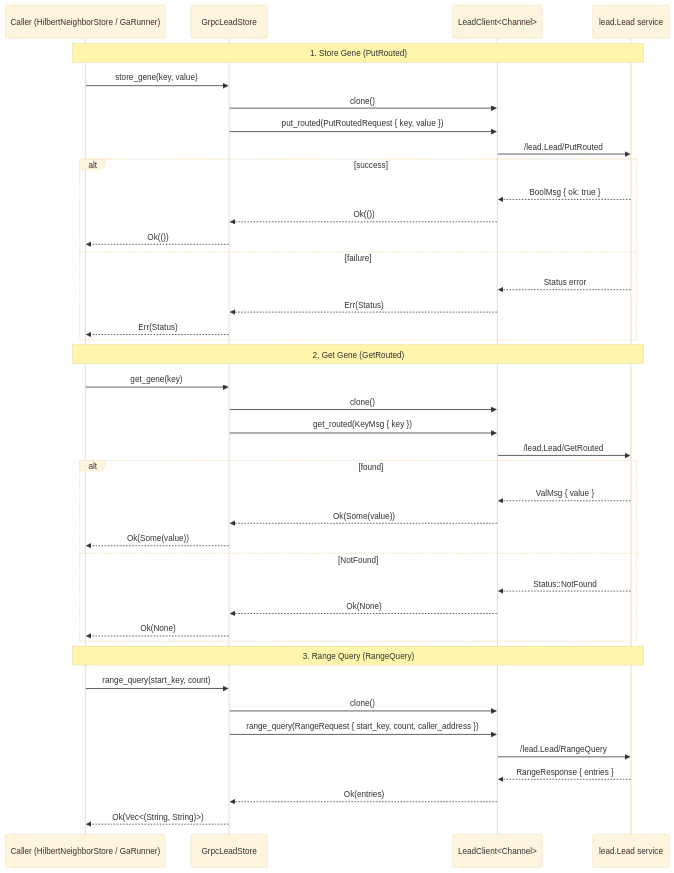
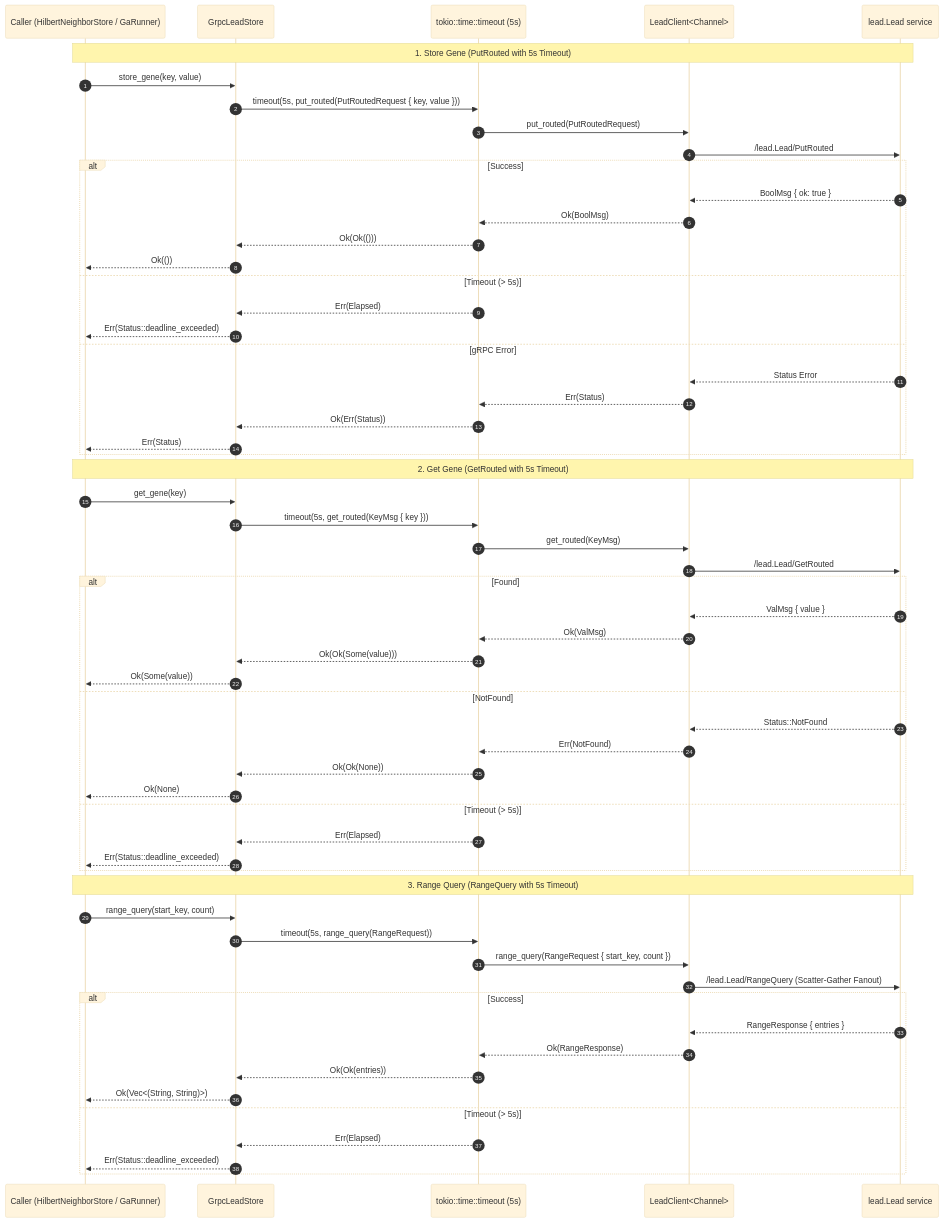
Before and after one commit to Mauragkas/thesis_grpc_lead_dga_cfd: the diagram in orchestrator/docs/sequence-diagrams/lead-store/sequence.mmd, drawn with Mermaid (base theme). The commit also changed 37 other files, not shown here.

First line of the commit message:
docs(architecture): synchronize domain models, use cases, and sequence diagrams with codebase

```diff
--- a/orchestrator/docs/sequence-diagrams/lead-store/sequence.mmd
+++ b/orchestrator/docs/sequence-diagrams/lead-store/sequence.mmd
@@ -1,44 +1,62 @@
 sequenceDiagram
+    autonumber
     participant Caller as Caller (HilbertNeighborStore / GaRunner)
     participant Lead as GrpcLeadStore
+    participant Timer as tokio::time::timeout (5s)
     participant Client as LeadClient<Channel>
     participant Remote as lead.Lead service
 
-    Note over Caller,Remote: 1. Store Gene (PutRouted)
+    Note over Caller,Remote: 1. Store Gene (PutRouted with 5s Timeout)
     Caller->>Lead: store_gene(key, value)
-    Lead->>Client: clone()
-    Lead->>Client: put_routed(PutRoutedRequest { key, value })
+    Lead->>Timer: timeout(5s, put_routed(PutRoutedRequest { key, value }))
+    Timer->>Client: put_routed(PutRoutedRequest)
     Client->>Remote: /lead.Lead/PutRouted
-    alt success
+    alt Success
         Remote-->>Client: BoolMsg { ok: true }
-        Client-->>Lead: Ok(())
+        Client-->>Timer: Ok(BoolMsg)
+        Timer-->>Lead: Ok(Ok(()))
         Lead-->>Caller: Ok(())
-    else failure
-        Remote-->>Client: Status error
-        Client-->>Lead: Err(Status)
+    else Timeout (> 5s)
+        Timer-->>Lead: Err(Elapsed)
+        Lead-->>Caller: Err(Status::deadline_exceeded)
+    else gRPC Error
+        Remote-->>Client: Status Error
+        Client-->>Timer: Err(Status)
+        Timer-->>Lead: Ok(Err(Status))
         Lead-->>Caller: Err(Status)
     end
 
-    Note over Caller,Remote: 2. Get Gene (GetRouted)
+    Note over Caller,Remote: 2. Get Gene (GetRouted with 5s Timeout)
     Caller->>Lead: get_gene(key)
-    Lead->>Client: clone()
-    Lead->>Client: get_routed(KeyMsg { key })
+    Lead->>Timer: timeout(5s, get_routed(KeyMsg { key }))
+    Timer->>Client: get_routed(KeyMsg)
     Client->>Remote: /lead.Lead/GetRouted
-    alt found
+    alt Found
         Remote-->>Client: ValMsg { value }
-        Client-->>Lead: Ok(Some(value))
+        Client-->>Timer: Ok(ValMsg)
+        Timer-->>Lead: Ok(Ok(Some(value)))
         Lead-->>Caller: Ok(Some(value))
     else NotFound
         Remote-->>Client: Status::NotFound
-        Client-->>Lead: Ok(None)
+        Client-->>Timer: Err(NotFound)
+        Timer-->>Lead: Ok(Ok(None))
         Lead-->>Caller: Ok(None)
+    else Timeout (> 5s)
+        Timer-->>Lead: Err(Elapsed)
+        Lead-->>Caller: Err(Status::deadline_exceeded)
     end
 
-    Note over Caller,Remote: 3. Range Query (RangeQuery)
+    Note over Caller,Remote: 3. Range Query (RangeQuery with 5s Timeout)
     Caller->>Lead: range_query(start_key, count)
-    Lead->>Client: clone()
-    Lead->>Client: range_query(RangeRequest { start_key, count, caller_address })
-    Client->>Remote: /lead.Lead/RangeQuery
-    Remote-->>Client: RangeResponse { entries }
-    Client-->>Lead: Ok(entries)
-    Lead-->>Caller: Ok(Vec<(String, String)>)
+    Lead->>Timer: timeout(5s, range_query(RangeRequest))
+    Timer->>Client: range_query(RangeRequest { start_key, count })
+    Client->>Remote: /lead.Lead/RangeQuery (Scatter-Gather Fanout)
+    alt Success
+        Remote-->>Client: RangeResponse { entries }
+        Client-->>Timer: Ok(RangeResponse)
+        Timer-->>Lead: Ok(Ok(entries))
+        Lead-->>Caller: Ok(Vec<(String, String)>)
+    else Timeout (> 5s)
+        Timer-->>Lead: Err(Elapsed)
+        Lead-->>Caller: Err(Status::deadline_exceeded)
+    end
```
